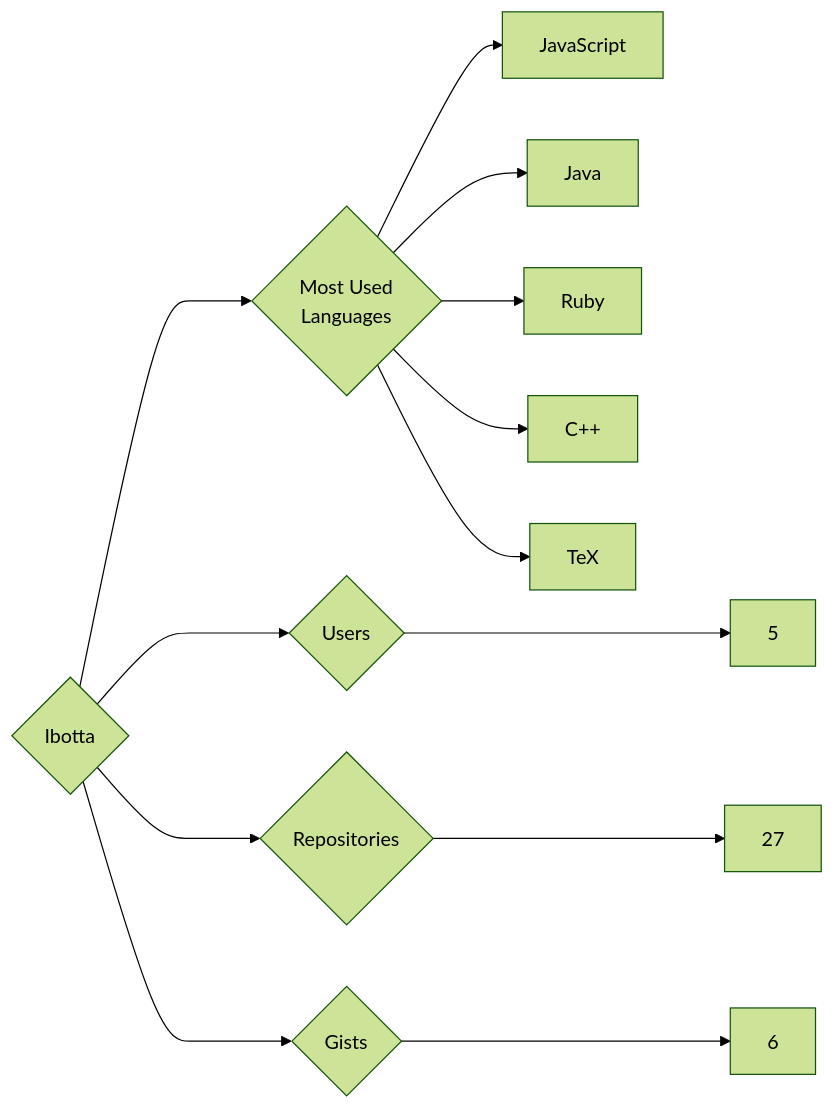
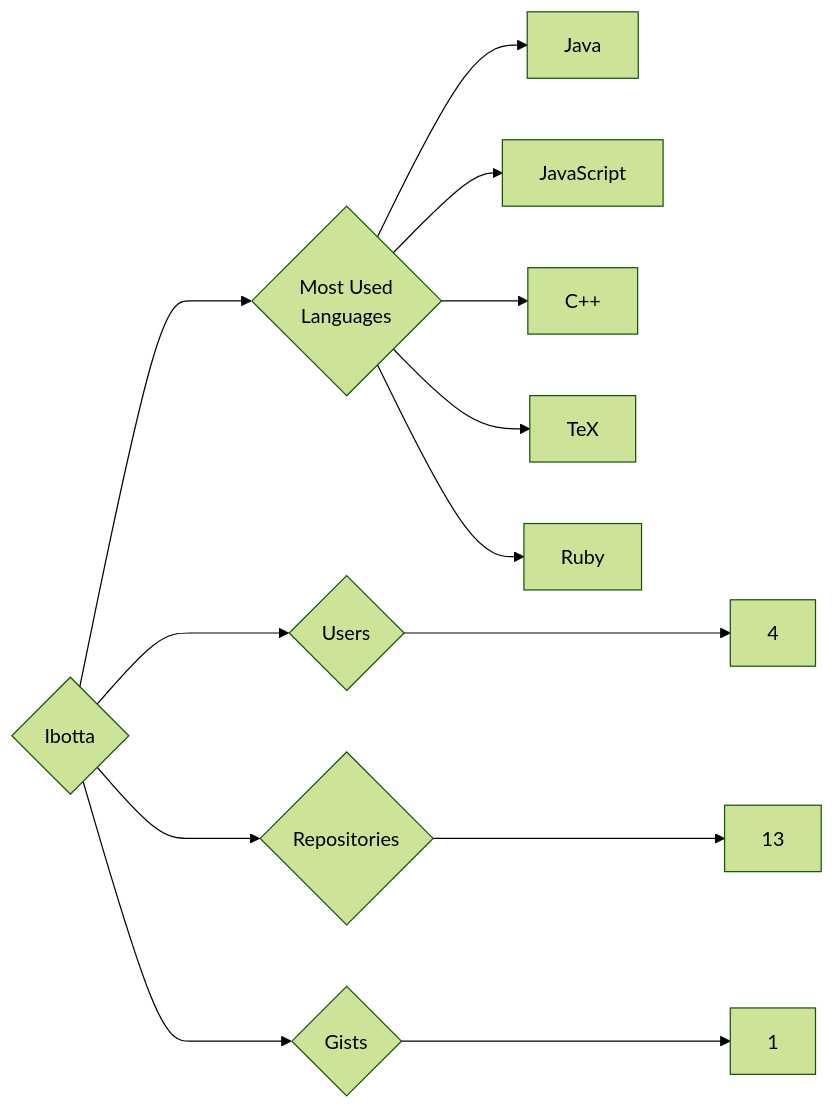
One commit to trickest/insiders changed the diagram in targets/Ibotta/README.md. Above: the diagram before and after it, drawn with Mermaid (forest theme). The commit also changed 1089 other files, not shown here.

````diff
--- a/targets/Ibotta/README.md
+++ b/targets/Ibotta/README.md
@@ -3,13 +3,13 @@
 ```mermaid
 graph LR
 COMPANY_NAME{Ibotta}
-COMPANY_NAME ---> U{Users} ---> UN[5]
-COMPANY_NAME ---> R{Repositories} ---> RN[27]
-COMPANY_NAME ---> G{Gists} ---> GN[6]
+COMPANY_NAME ---> U{Users} ---> UN[4]
+COMPANY_NAME ---> R{Repositories} ---> RN[13]
+COMPANY_NAME ---> G{Gists} ---> GN[1]
 COMPANY_NAME ---> ML{Most Used<br>Languages}
+ML --> Java[Java]
 ML --> JavaScript[JavaScript]
-ML --> Java[Java]
-ML --> Ruby[Ruby]
 ML --> C++[C++]
 ML --> TeX[TeX]
+ML --> Ruby[Ruby]
 ```
````
